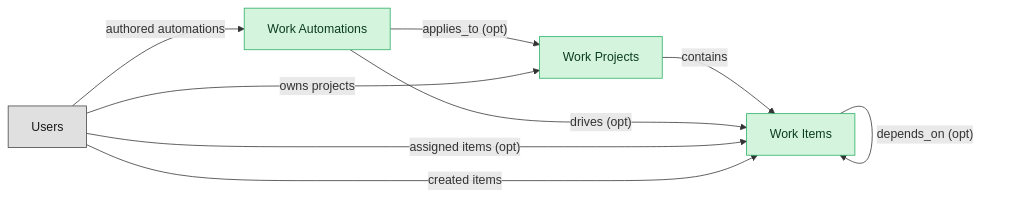
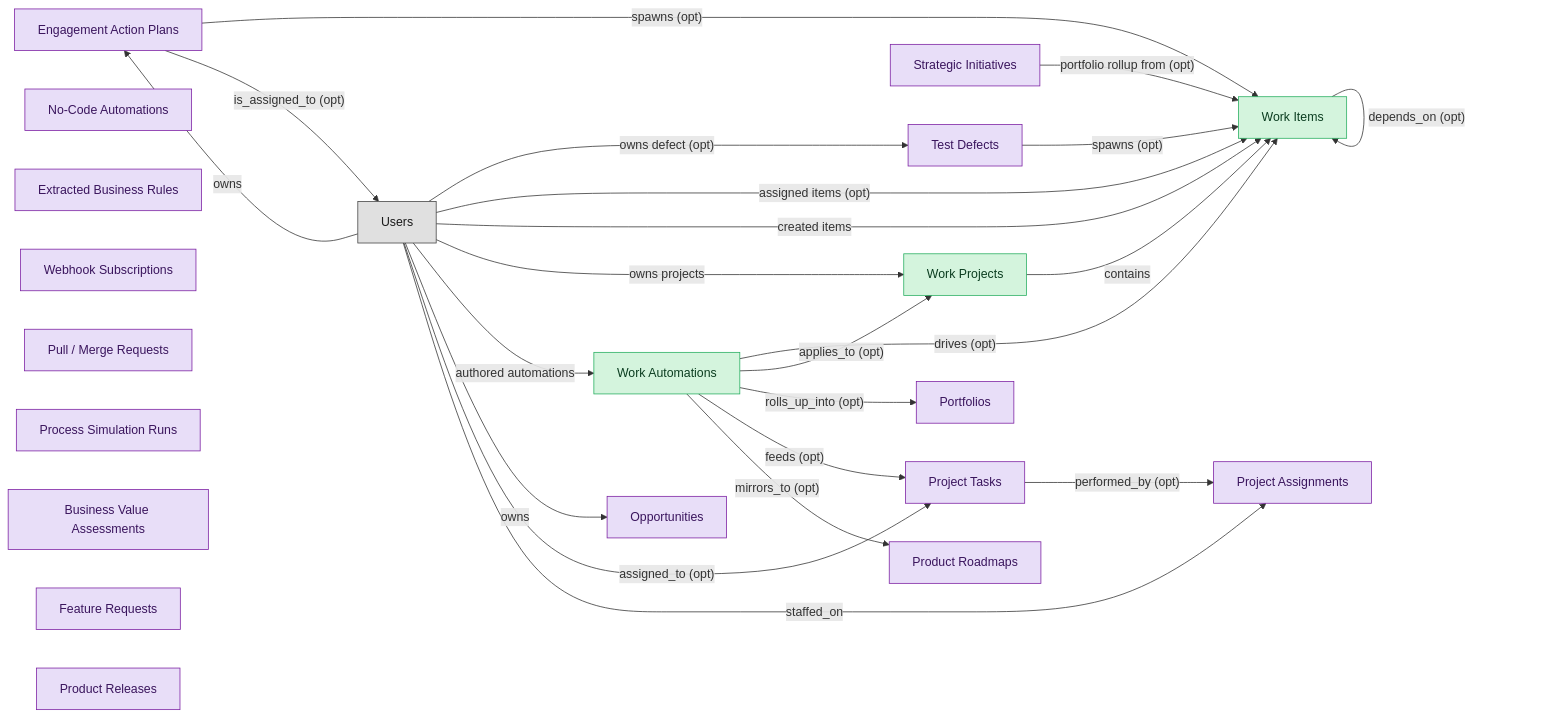
The diagram in blueprints/work-mgmt-task-exec-semantic-blueprint.md (IntranetFactory/domain-map), drawn with Mermaid before and after one commit. The commit also changed other lines of this file and 11 other files, not shown here.

````diff
--- a/blueprints/work-mgmt-task-exec-semantic-blueprint.md
+++ b/blueprints/work-mgmt-task-exec-semantic-blueprint.md
@@ -28,21 +44,67 @@
 ```mermaid
 flowchart LR
   classDef master fill:#d4f4dd,stroke:#27ae60,color:#0b3d20;
+  classDef consumer fill:#e8def8,stroke:#7b1fa2,color:#3a155d;
   classDef platform_builtin fill:#e0e0e0,stroke:#424242,color:#1a1a1a;
   work_items["Work Items"]
   work_projects["Work Projects"]
   work_automations["Work Automations"]
+  crm_opportunities["Opportunities"]
+  strategic_initiatives["Strategic Initiatives"]
+  strategic_portfolios["Portfolios"]
+  action_plans["Engagement Action Plans"]
+  nocode_automations["No-Code Automations"]
+  business_rules_extracted["Extracted Business Rules"]
+  webhook_subscriptions["Webhook Subscriptions"]
+  pull_requests["Pull / Merge Requests"]
+  test_defects["Test Defects"]
+  process_simulation_runs["Process Simulation Runs"]
+  business_value_assessments["Business Value Assessments"]
+  project_tasks["Project Tasks"]
+  product_roadmaps["Product Roadmaps"]
+  feature_requests["Feature Requests"]
+  product_releases["Product Releases"]
+  project_assignments["Project Assignments"]
   users["Users"]
+  test_defects -->|"spawns (opt)"| work_items
+  action_plans -->|"spawns (opt)"| work_items
   work_items -->|"depends_on (opt)"| work_items
   work_projects -->|"contains"| work_items
   work_automations -->|"drives (opt)"| work_items
   work_automations -->|"applies_to (opt)"| work_projects
+  strategic_initiatives -->|"portfolio rollup from (opt)"| work_items
+  work_automations -->|"rolls_up_into (opt)"| strategic_portfolios
+  work_automations -->|"feeds (opt)"| project_tasks
+  work_automations -->|"mirrors_to (opt)"| product_roadmaps
+  project_tasks -->|"performed_by (opt)"| project_assignments
+  users -->|"owns defect (opt)"| test_defects
+  users -->|"owns"| action_plans
+  action_plans -->|"is_assigned_to (opt)"| users
   users -->|"assigned items (opt)"| work_items
   users -->|"created items"| work_items
   users -->|"owns projects"| work_projects
   users -->|"authored automations"| work_automations
+  users -->|"owns"| crm_opportunities
+  users -->|"assigned_to (opt)"| project_tasks
+  users -->|"staffed_on"| project_assignments
   class work_items master;
   class work_projects master;
   class work_automations master;
+  class crm_opportunities consumer;
+  class strategic_initiatives consumer;
+  class strategic_portfolios consumer;
+  class action_plans consumer;
+  class nocode_automations consumer;
+  class business_rules_extracted consumer;
+  class webhook_subscriptions consumer;
+  class pull_requests consumer;
+  class test_defects consumer;
+  class process_simulation_runs consumer;
+  class business_value_assessments consumer;
+  class project_tasks consumer;
+  class product_roadmaps consumer;
+  class feature_requests consumer;
+  class product_releases consumer;
+  class project_assignments consumer;
   class users platform_builtin;
 ```
````
